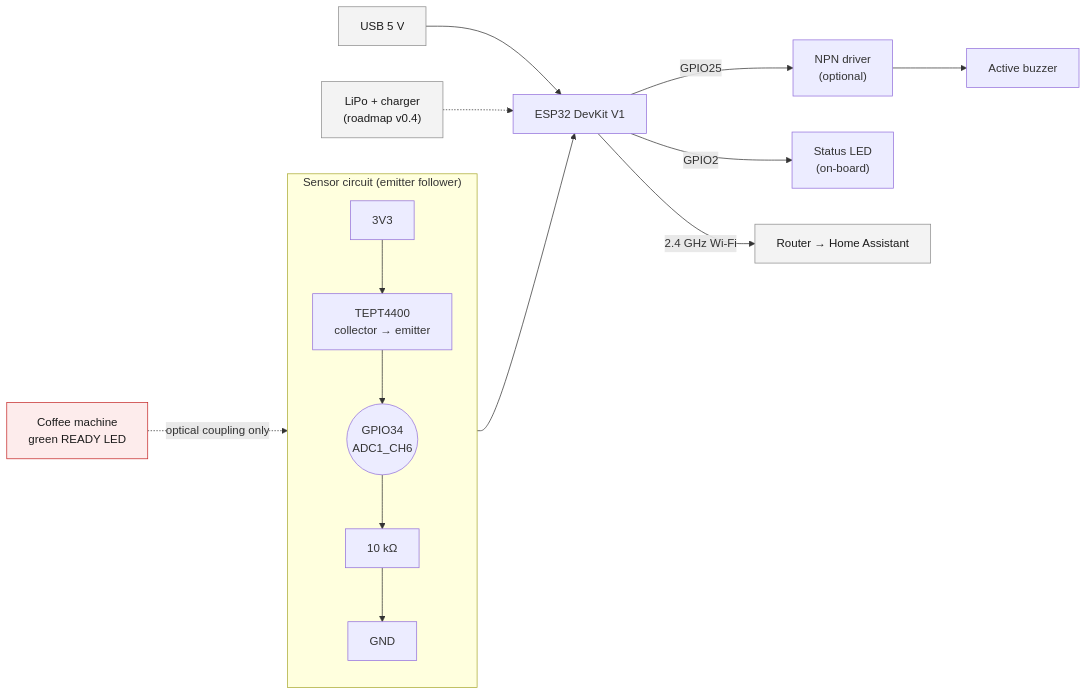
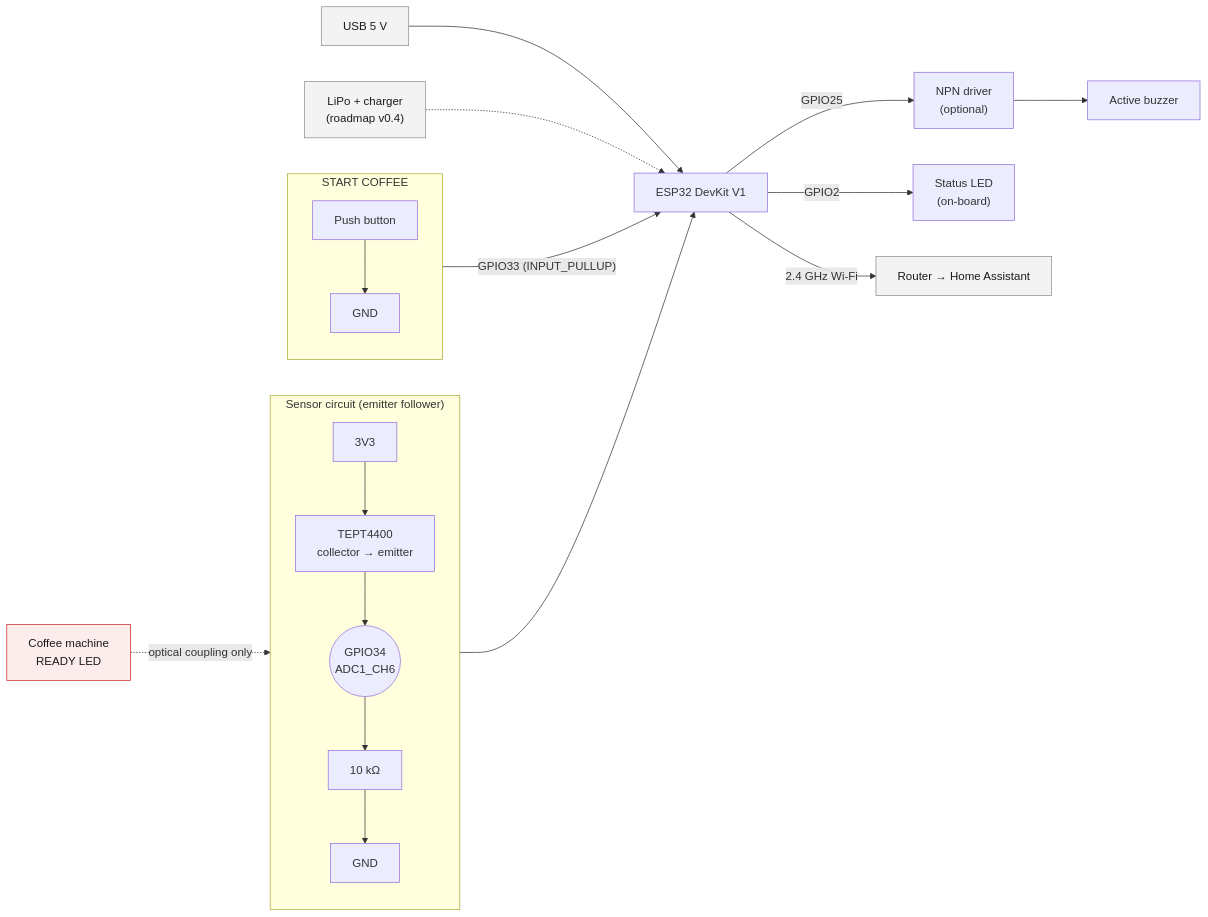
One commit to Amad3eu/coffeereadyindicator changed the diagram in docs/diagrams/hardware-flow.mmd. Above: the diagram before and after it, drawn with Mermaid. The commit also changed 26 other files, not shown here.

First line of the commit message:
docs: describe brew sessions, the START button and the arming rule

```diff
--- a/docs/diagrams/hardware-flow.mmd
+++ b/docs/diagrams/hardware-flow.mmd
@@ -1,24 +1,30 @@
 %% Hardware signal flow and wiring overview (docs/hardware/wiring.md).
 flowchart LR
-    MACHINE["Coffee machine<br/>green READY LED"] -. "optical coupling only" .-> PT
+    MACHINE["Coffee machine<br/>READY LED"] -. "optical coupling only" .-> PT
 
     subgraph sensor["Sensor circuit (emitter follower)"]
         direction TB
         V33["3V3"] --> PT["TEPT4400<br/>collector → emitter"]
         PT --> NODE(("GPIO34<br/>ADC1_CH6"))
         NODE --> R1["10 kΩ"] --> GND1["GND"]
     end
 
+    subgraph button["START COFFEE"]
+        direction TB
+        BTN["Push button"] --> GND2["GND"]
+    end
+
     NODE --> ESP["ESP32 DevKit V1"]
+    BTN -- "GPIO33 (INPUT_PULLUP)" --> ESP
 
     ESP -- "GPIO25" --> DRV["NPN driver<br/>(optional)"] --> BUZZER["Active buzzer"]
     ESP -- "GPIO2" --> LED["Status LED<br/>(on-board)"]
     ESP -- "2.4 GHz Wi-Fi" --> ROUTER["Router → Home Assistant"]
 
     USB["USB 5 V"] --> ESP
     BATTERY["LiPo + charger<br/>(roadmap v0.4)"] -.-> ESP
 
     classDef ext fill:#f3f3f3,stroke:#8d8d8d,color:#1b1b1b;
     classDef warn fill:#fdecec,stroke:#c62828,color:#1b1b1b;
     class MACHINE warn;
     class ROUTER,USB,BATTERY ext;
```
